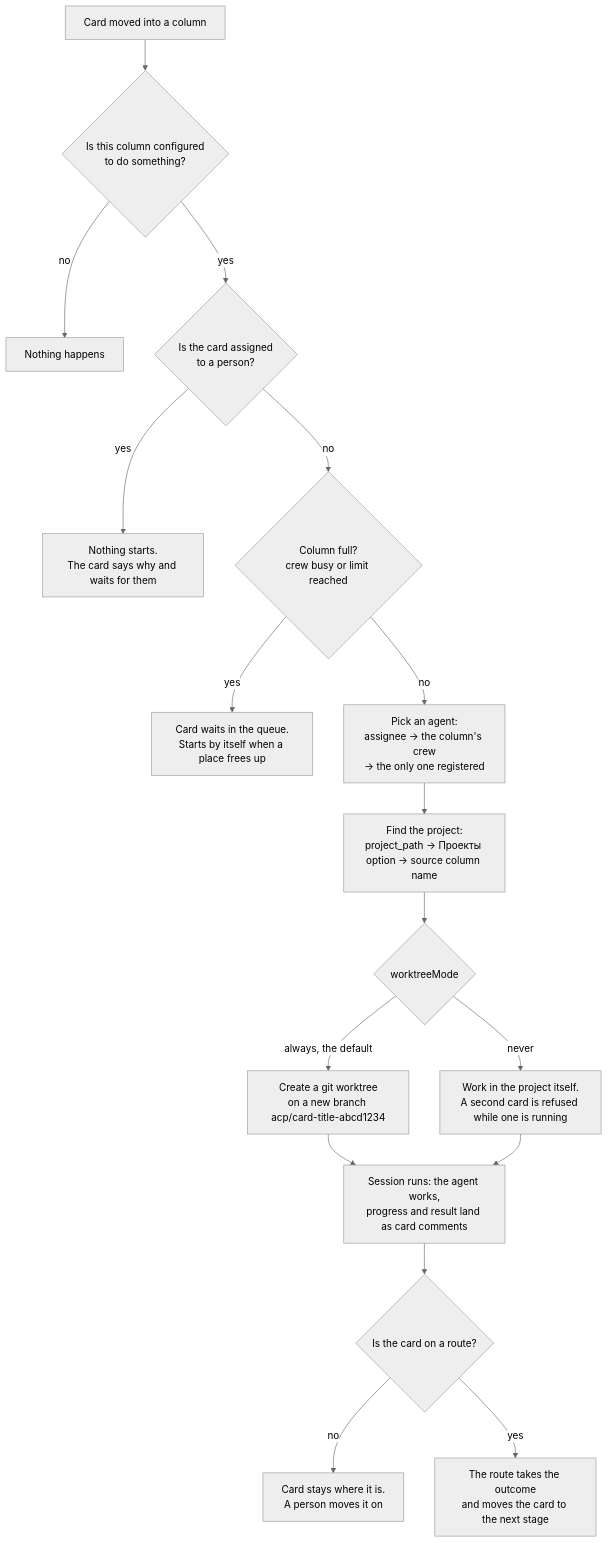
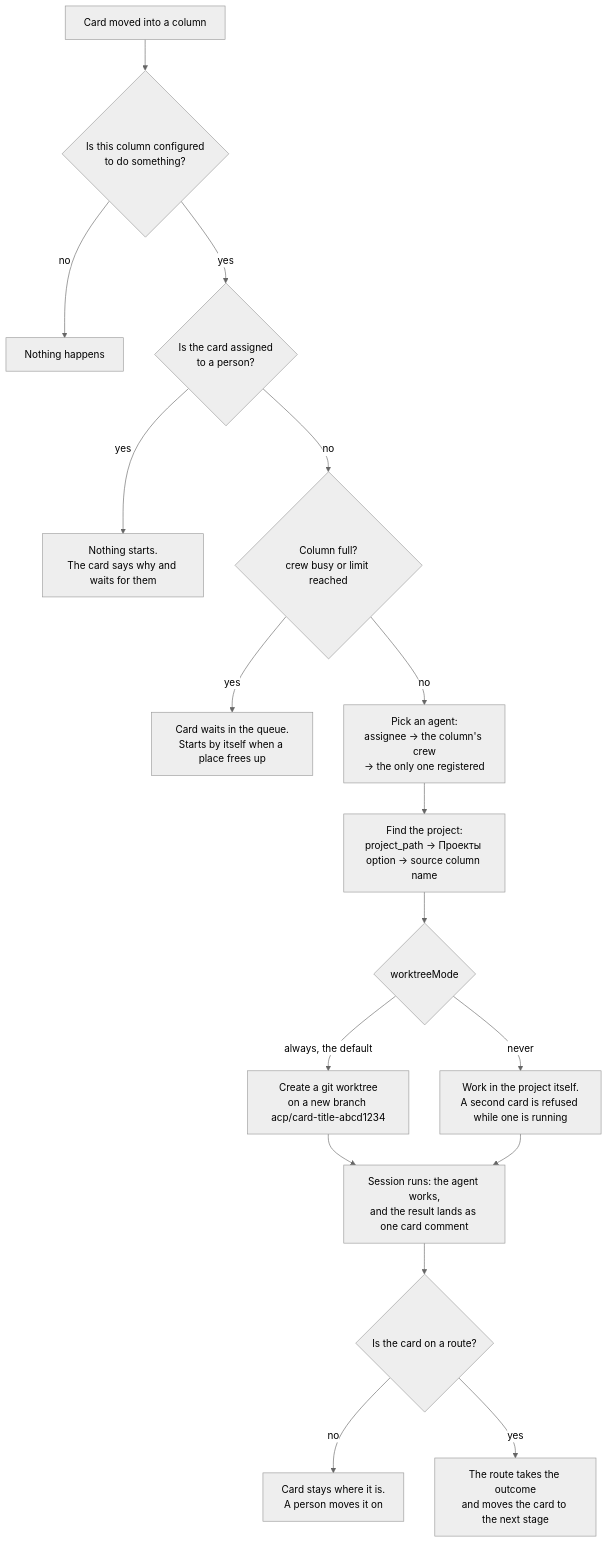
One commit to artipop/xciii changed the first of 5 diagrams in docs/flows.md. Above: the diagram before and after it, drawn with Mermaid (neutral theme). The commit also changed other lines of this file and 12 other files, not shown here.

````diff
--- a/docs/flows.md
+++ b/docs/flows.md
@@ -158,19 +158,19 @@
 ```mermaid
 flowchart TD
     A["Card moved into a column"] --> B{"Is this column configured<br/>to do something?"}
     B -- no --> Z["Nothing happens"]
     B -- yes --> C{"Is the card assigned<br/>to a person?"}
     C -- yes --> Z2["Nothing starts.<br/>The card says why and waits for them"]
     C -- no --> D{"Column full?<br/>crew busy or limit reached"}
     D -- yes --> Q["Card waits in the queue.<br/>Starts by itself when a place frees up"]
     D -- no --> E["Pick an agent:<br/>assignee → the column's crew<br/>→ the only one registered"]
     E --> F["Find the project:<br/>project_path → Проекты option → source column name"]
     F --> G{"worktreeMode"}
     G -- always, the default --> H["Create a git worktree<br/>on a new branch acp/card-title-abcd1234"]
     G -- never --> I["Work in the project itself.<br/>A second card is refused while one is running"]
-    H --> J["Session runs: the agent works,<br/>progress and result land as card comments"]
+    H --> J["Session runs: the agent works,<br/>and the result lands as one card comment"]
     I --> J
     J --> K{"Is the card on a route?"}
     K -- no --> L["Card stays where it is.<br/>A person moves it on"]
     K -- yes --> M["The route takes the outcome<br/>and moves the card to the next stage"]
 ```
````
